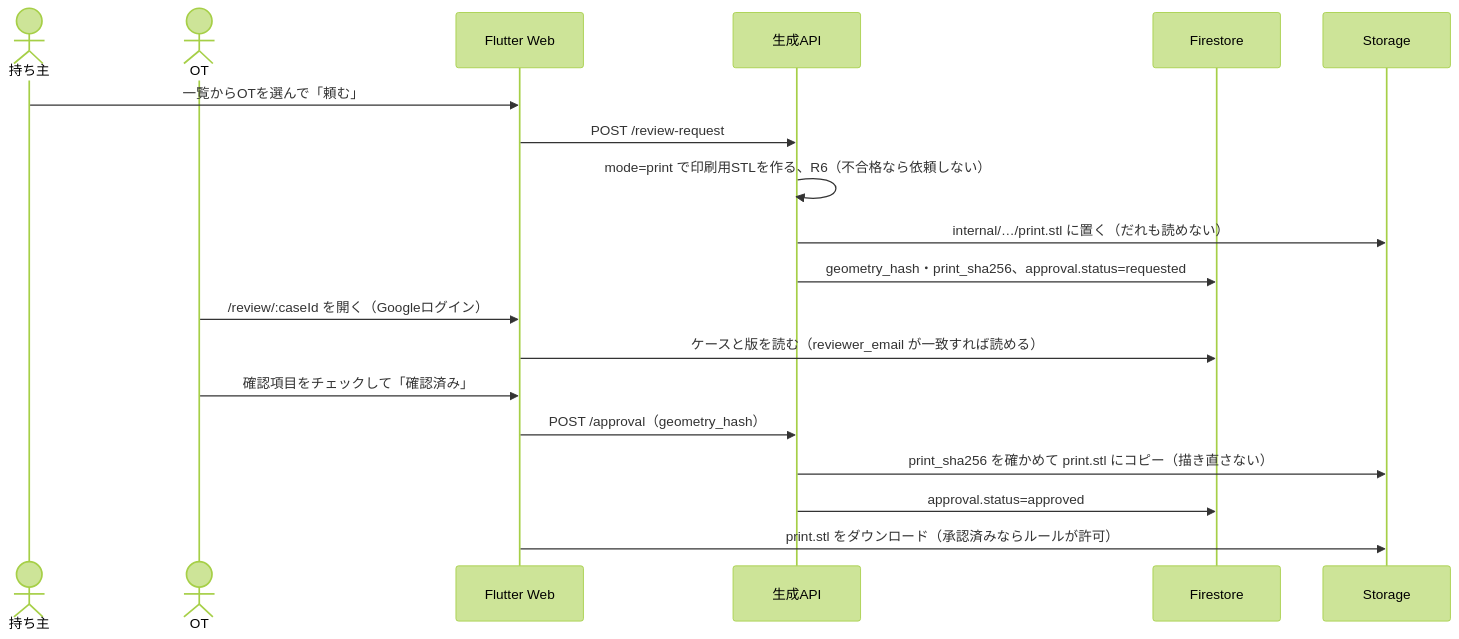
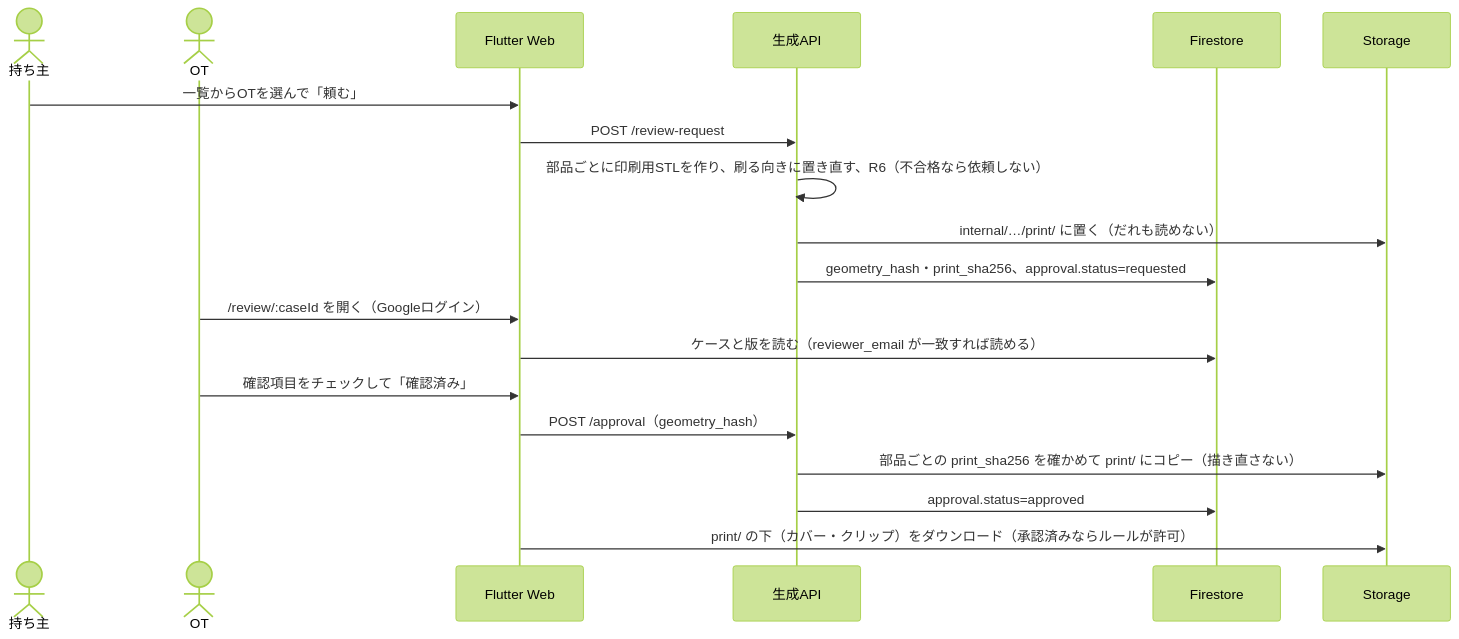
Before and after one commit to Devfest-Hackathon-2026/df-2026-t101: the fourth of 4 diagrams in docs/architecture.md, drawn with Mermaid (forest theme). The commit also changed other lines of this file and 21 other files, not shown here.

````diff
--- a/docs/architecture.md
+++ b/docs/architecture.md
@@ -141,21 +176,21 @@
 ```mermaid
 sequenceDiagram
   actor U as 持ち主
   actor OT as OT
   participant App as Flutter Web
   participant API as 生成API
   participant FS as Firestore
   participant ST as Storage
   U->>App: 一覧からOTを選んで「頼む」
   App->>API: POST /review-request
-  API->>API: mode=print で印刷用STLを作る、R6（不合格なら依頼しない）
-  API->>ST: internal/…/print.stl に置く（だれも読めない）
+  API->>API: 部品ごとに印刷用STLを作り、刷る向きに置き直す、R6（不合格なら依頼しない）
+  API->>ST: internal/…/print/ に置く（だれも読めない）
   API->>FS: geometry_hash・print_sha256、approval.status=requested
   OT->>App: /review/:caseId を開く（Googleログイン）
   App->>FS: ケースと版を読む（reviewer_email が一致すれば読める）
   OT->>App: 確認項目をチェックして「確認済み」
   App->>API: POST /approval（geometry_hash）
-  API->>ST: print_sha256 を確かめて print.stl にコピー（描き直さない）
+  API->>ST: 部品ごとの print_sha256 を確かめて print/ にコピー（描き直さない）
   API->>FS: approval.status=approved
-  App->>ST: print.stl をダウンロード（承認済みならルールが許可）
+  App->>ST: print/ の下（カバー・クリップ）をダウンロード（承認済みならルールが許可）
 ```
````
